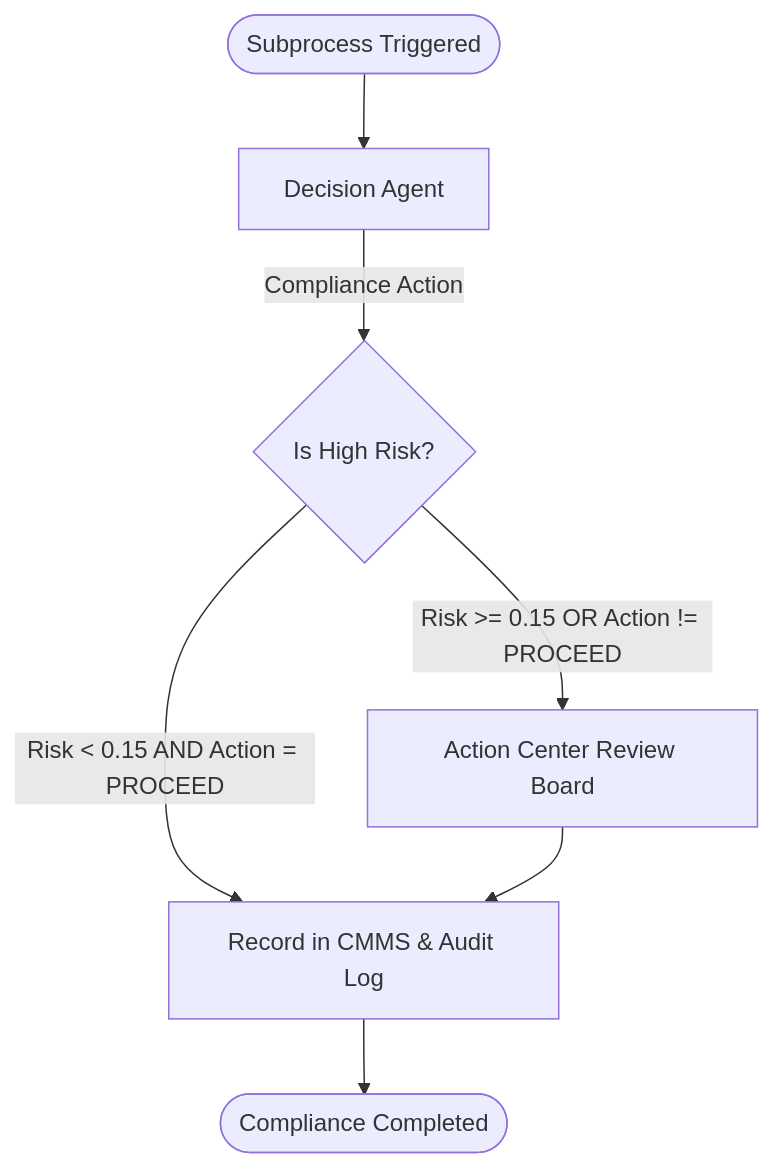
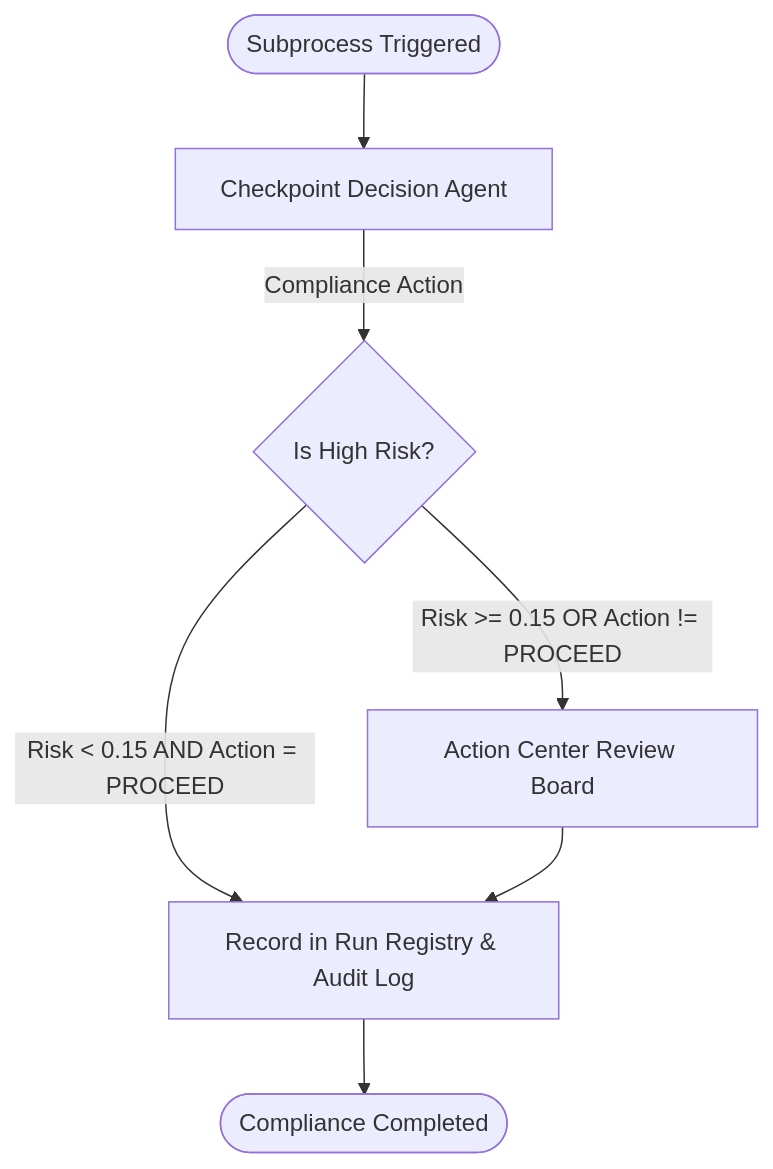
One commit to ForenlyAI/uipath-maestro-ecm changed the diagram in artifacts/container3/README.md. Above: the diagram before and after it, drawn with Mermaid. The commit also changed other lines of this file and 52 other files, not shown here.

````diff
--- a/artifacts/container3/README.md
+++ b/artifacts/container3/README.md
@@ -17,11 +18,11 @@
 ```mermaid
 graph TD
-    Start([Subprocess Triggered]) --> Decision[Decision Agent]
+    Start([Subprocess Triggered]) --> Decision[Checkpoint Decision Agent]
     Decision -->|Compliance Action| Gateway{Is High Risk?}
     
     Gateway -->|Risk >= 0.15 OR Action != PROCEED| HITL[Action Center Review Board]
-    Gateway -->|Risk < 0.15 AND Action = PROCEED| Log[Record in CMMS & Audit Log]
+    Gateway -->|Risk < 0.15 AND Action = PROCEED| Log[Record in Run Registry & Audit Log]
     
     HITL --> Log
     Log --> End([Compliance Completed])
 ```
````
